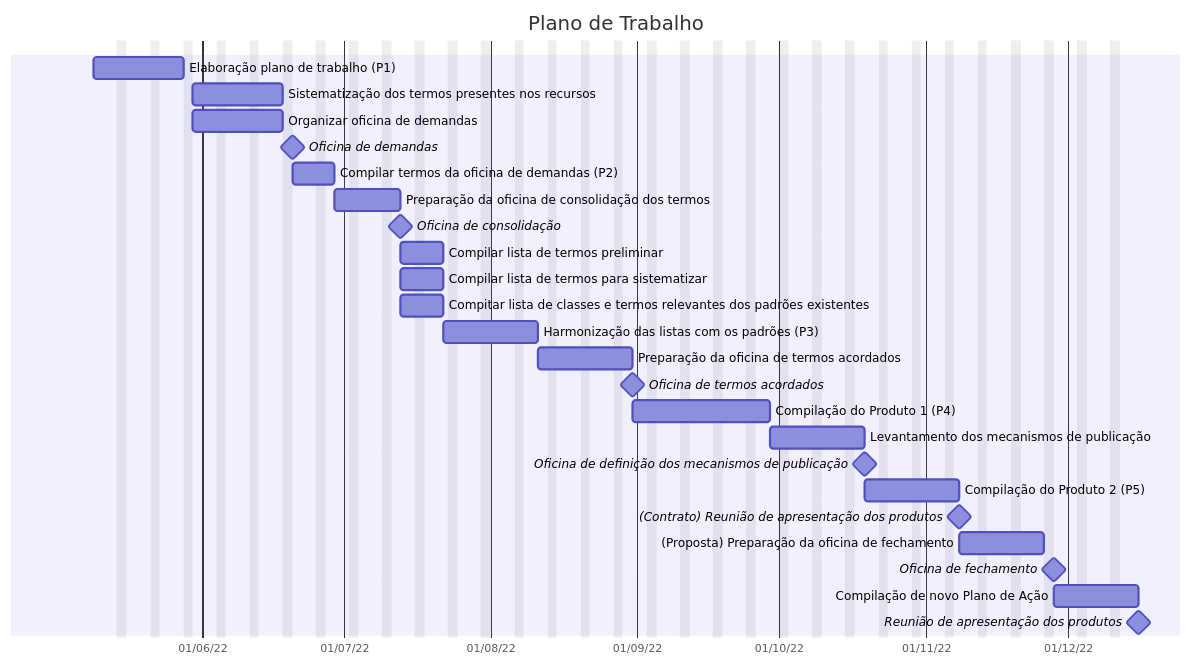
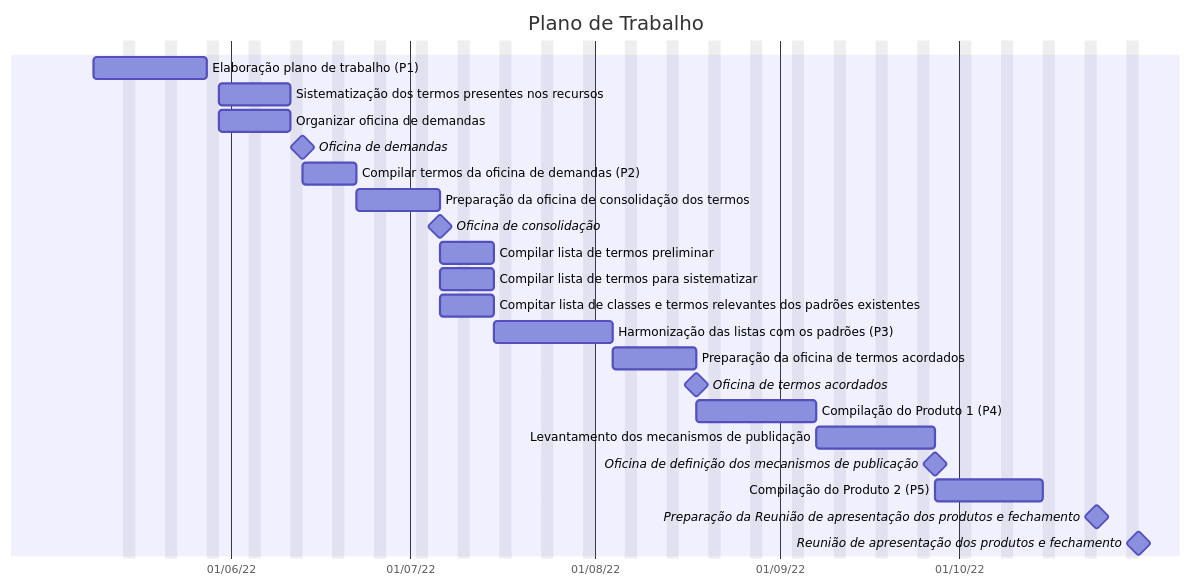
One commit to jlanna/MMA-Ameacadas changed the diagram in plano-de-trabalho/gantt.md. Above: the diagram before and after it, drawn with Mermaid.

````diff
--- a/plano-de-trabalho/gantt.md
+++ b/plano-de-trabalho/gantt.md
@@ -1,30 +1,27 @@
 ```mermaid
 gantt
     dateFormat DD/MM/YY
     axisFormat  %d/%m/%y
     todayMarker on
     title Plano de Trabalho
     excludes weekends
     Elaboração plano de trabalho (P1): t0, 09/05/22, 15d
-    Sistematização dos termos presentes nos recursos :t1, after t0, 15d
-    Organizar oficina de demandas :t2, after t0, 15d
+    Sistematização dos termos presentes nos recursos :t1, after t0, 10d
+    Organizar oficina de demandas :t2, after t0, 10d
     Oficina de demandas :milestone,0d
     Compilar termos da oficina de demandas (P2) :t3, after t2, 1w
     Preparação da oficina de consolidação dos termos :t4, after t3, 10d
     Oficina de consolidação :milestone,0d
     Compilar lista de termos preliminar :t5, after t4, 1w
     Compilar lista de termos para sistematizar :t6, after t4, 1w
     Compitar lista de classes e termos relevantes dos padrões existentes :t7, after t4, 1w
     Harmonização das listas com os padrões (P3):t8, after t5 t6 t7, 2w
-    Preparação da oficina de termos acordados :t9, after t8, 2w
+    Preparação da oficina de termos acordados :t9, after t8, 10d
     Oficina de termos acordados :milestone, 0d
-    Compilação do Produto 1 (P4) :t10, after t9, 3w
+    Compilação do Produto 1 (P4) :t10, after t9, 2w
     Levantamento dos mecanismos de publicação :t11, after t10, 2w
     Oficina de definição dos mecanismos de publicação :milestone, 0d
     Compilação do Produto 2 (P5) :t12, after t11, 2w
-    (Contrato) Reunião de apresentação dos produtos :milestone, 0d
-    (Proposta) Preparação da oficina de fechamento:t13, after t12, 2w
-    Oficina de fechamento :milestone, 0d
-    Compilação de novo Plano de Ação:t14 (P6), after t13, 2w
-    Reunião de apresentação dos produtos :milestone, 0d
+    Preparação da Reunião de apresentação dos produtos e fechamento :milestone, 10d
+    Reunião de apresentação dos produtos e fechamento :milestone, 0d
 ```
````
